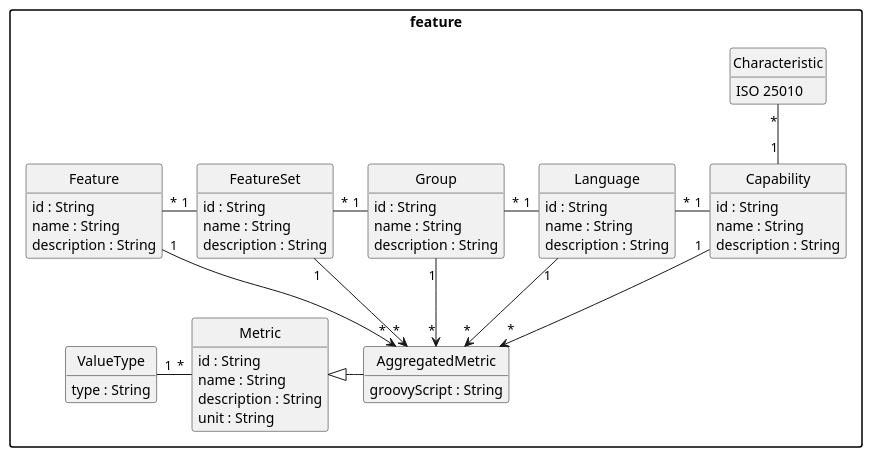
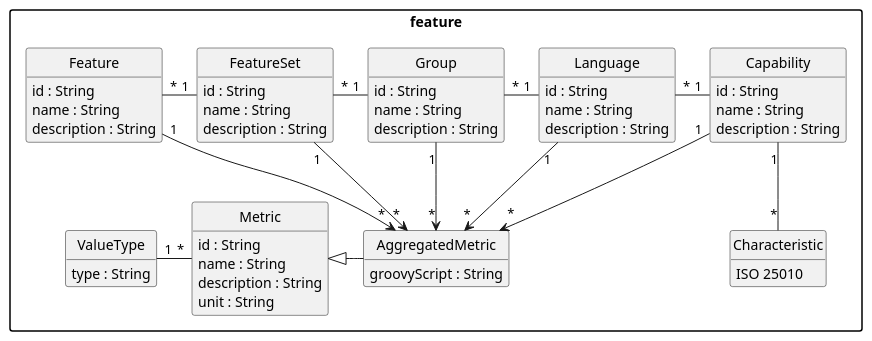
One commit to uniba-dsg/betsy changed the diagram in pebl/doc/benchmark-feature.puml. Above: the diagram before and after it, drawn with PlantUML. The commit also changed 9 other files, not shown here.

Commit message:
Better diagrams.

```diff
--- a/pebl/doc/benchmark-feature.puml
+++ b/pebl/doc/benchmark-feature.puml
@@ -1,78 +1,78 @@
 @startuml
 package "feature" {
 
 	class ValueType {
 	  type : String
 	}
 
 	class AggregatedMetric {
 	  groovyScript : String
 	}
 
 	class Metric {
 	  id : String
 	  name : String
 	  description : String
 	  unit : String
 	}
 
 	enum Characteristic {
 		ISO 25010
 	}
 
 	class Capability {
 	  id : String
 	  name : String
 	  description : String
 	}
 
 	class Language {
 	  id : String
 	  name : String
 	  description : String
 	}
 
 	class Group {
 	  id : String
 	  name : String
 	  description : String
 	}
 
 	class FeatureSet {
 	  id : String
 	  name : String
 	  description : String
 	}
 
 	class Feature {
 	  id : String
 	  name : String
 	  description : String
 	}
 
 }
 
-Capability "1" -up- "*" Characteristic
+Capability "1" -down- "*" Characteristic
 
 Feature "*" -right- "1" FeatureSet
 FeatureSet "*" -right- "1" Group
 Group "*" -right- "1" Language
 Language "*" -right- "1" Capability
 
 Metric "*" -left- "1" ValueType
 AggregatedMetric -left-|> Metric
 
 Capability "1" --> "*" AggregatedMetric
 Language "1" --> "*" AggregatedMetric
 Group "1" --> "*" AggregatedMetric
 FeatureSet "1" --> "*" AggregatedMetric
 Feature "1" --> "*" AggregatedMetric
 
 hide empty members
 hide empty methods
 hide circle
 
 skinparam monochrome true
 skinparam shadowing false
 skinparam packageStyle rect
 @enduml
```
